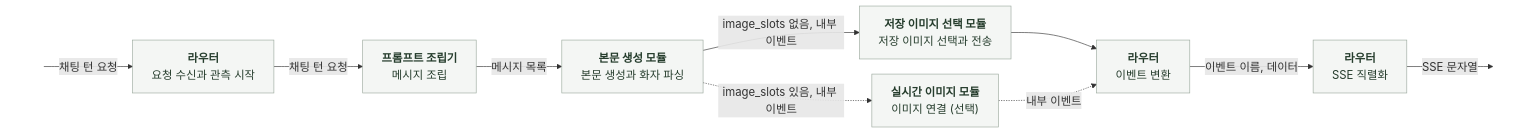
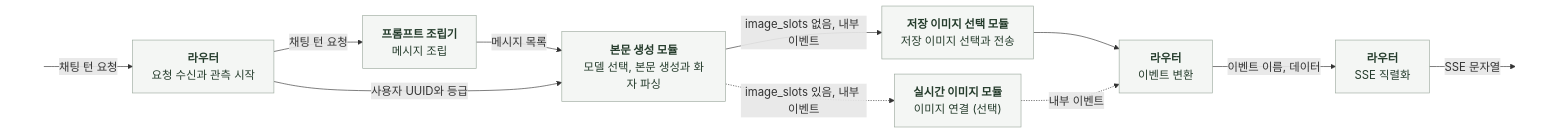
The first of 9 diagrams in docs/domain/CHAT/AI/6-2-SOFTWARE-IMPLEMENTATION.md (KIM-N-KANG/knk-harness), drawn with Mermaid before and after one commit. The commit also changed other lines of this file and 9 other files, not shown here.

````diff
--- a/docs/domain/CHAT/AI/6-2-SOFTWARE-IMPLEMENTATION.md
+++ b/docs/domain/CHAT/AI/6-2-SOFTWARE-IMPLEMENTATION.md
@@ -36,17 +36,18 @@
 ```mermaid
 %%{init: {"themeVariables": {"fontSize": "18px"}, "flowchart": {"curve": "basis", "htmlLabels": true, "nodeSpacing": 24, "rankSpacing": 48}}}%%
 flowchart LR
     I[" "] -->|채팅 턴 요청| A["<b>라우터</b><br/>요청 수신과 관측 시작"]
     A -->|채팅 턴 요청| B["<b>프롬프트 조립기</b><br/>메시지 조립"]
-    B -->|메시지 목록| C["<b>본문 생성 모듈</b><br/>본문 생성과 화자 파싱"]
+    B -->|메시지 목록| C["<b>본문 생성 모듈</b><br/>모델 선택, 본문 생성과 화자 파싱"]
+    A -->|사용자 UUID와 등급| C
     C -.->|"image_slots 있음, 내부 이벤트"| D["<b>실시간 이미지 모듈</b><br/>이미지 연결 (선택)"]
     C -->|"image_slots 없음, 내부 이벤트"| S["<b>저장 이미지 선택 모듈</b><br/>저장 이미지 선택과 전송"]
     S --> E["<b>라우터</b><br/>이벤트 변환"]
     D -.->|내부 이벤트| E
     E -->|"이벤트 이름, 데이터"| F["<b>라우터</b><br/>SSE 직렬화"]
     F -->|SSE 문자열| O[" "]
     classDef code fill:#F4F6F4,stroke:#9BA99E,color:#253C2C
     class A,B,C,D,E,F,S code
     style I fill:none,stroke:none
     style O fill:none,stroke:none
 ```
````
